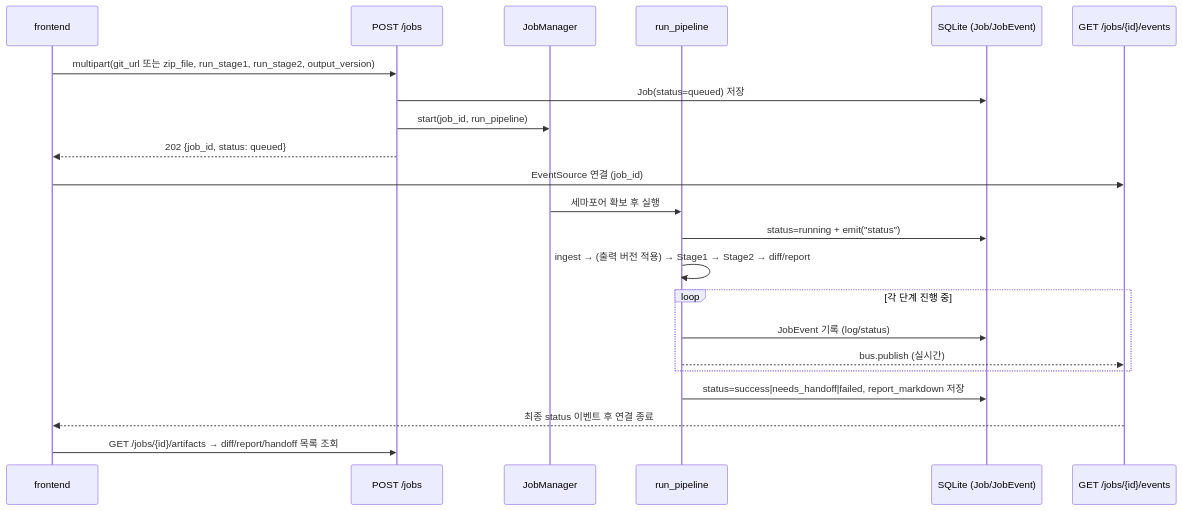
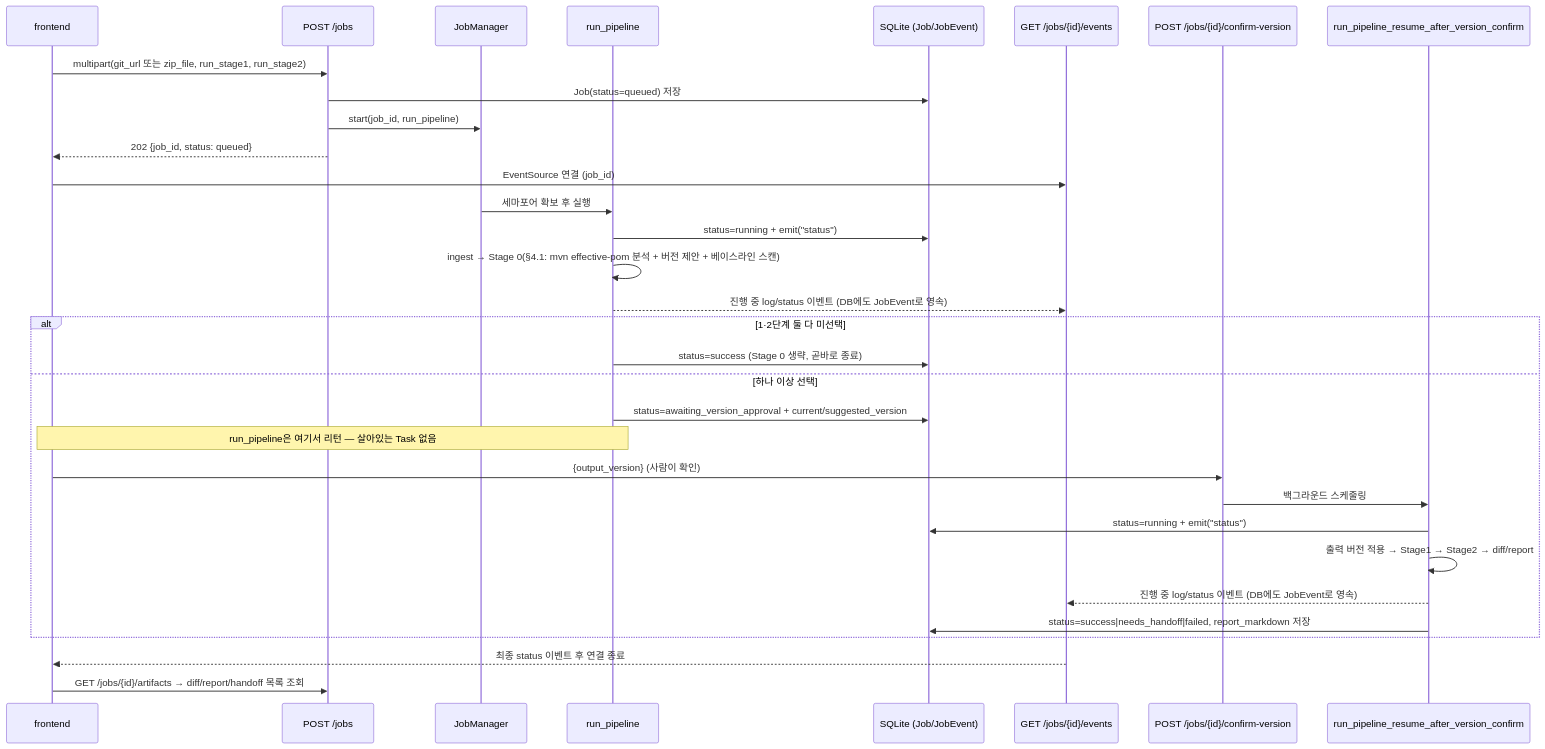
The second of 6 diagrams in docs/architecture.md (jinfromkorea/poc-5th-started-brainstorming), drawn with Mermaid before and after one commit. The commit also changed other lines of this file and 2 other files, not shown here.

First line of the commit message:
문서 리뷰: frontend/backend README, architecture.md를 Stage 0 이후 상태로 갱신

````diff
--- a/docs/architecture.md
+++ b/docs/architecture.md
@@ -93,26 +96,37 @@
 ```mermaid
 sequenceDiagram
     participant FE as frontend
     participant API as POST /jobs
     participant JM as JobManager
     participant PIPE as run_pipeline
     participant DB as SQLite (Job/JobEvent)
     participant SSE as GET /jobs/{id}/events
+    participant CONFIRM as POST /jobs/{id}/confirm-version
+    participant RESUME as run_pipeline_resume_after_version_confirm
 
-    FE->>API: multipart(git_url 또는 zip_file, run_stage1, run_stage2, output_version)
+    FE->>API: multipart(git_url 또는 zip_file, run_stage1, run_stage2)
     API->>DB: Job(status=queued) 저장
     API->>JM: start(job_id, run_pipeline)
     API-->>FE: 202 {job_id, status: queued}
     FE->>SSE: EventSource 연결 (job_id)
 
     JM->>PIPE: 세마포어 확보 후 실행
     PIPE->>DB: status=running + emit("status")
-    PIPE->>PIPE: ingest → (출력 버전 적용) → Stage1 → Stage2 → diff/report
-    loop 각 단계 진행 중
-        PIPE->>DB: JobEvent 기록 (log/status)
-        PIPE-->>SSE: bus.publish (실시간)
+    PIPE->>PIPE: ingest → Stage 0(§4.1: mvn effective-pom 분석 + 버전 제안 + 베이스라인 스캔)
+    PIPE-->>SSE: 진행 중 log/status 이벤트 (DB에도 JobEvent로 영속)
+
+    alt 1·2단계 둘 다 미선택
+        PIPE->>DB: status=success (Stage 0 생략, 곧바로 종료)
+    else 하나 이상 선택
+        PIPE->>DB: status=awaiting_version_approval + current/suggested_version
+        Note over PIPE,FE: run_pipeline은 여기서 리턴 — 살아있는 Task 없음
+        FE->>CONFIRM: {output_version} (사람이 확인)
+        CONFIRM->>RESUME: 백그라운드 스케줄링
+        RESUME->>DB: status=running + emit("status")
+        RESUME->>RESUME: 출력 버전 적용 → Stage1 → Stage2 → diff/report
+        RESUME-->>SSE: 진행 중 log/status 이벤트 (DB에도 JobEvent로 영속)
+        RESUME->>DB: status=success|needs_handoff|failed, report_markdown 저장
     end
-    PIPE->>DB: status=success|needs_handoff|failed, report_markdown 저장
     SSE-->>FE: 최종 status 이벤트 후 연결 종료
     FE->>API: GET /jobs/{id}/artifacts → diff/report/handoff 목록 조회
 ```
````
